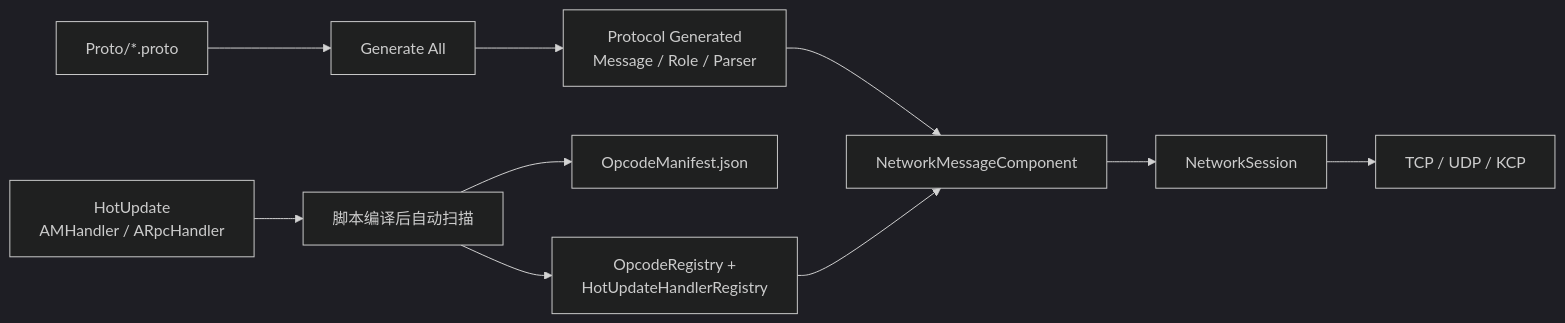
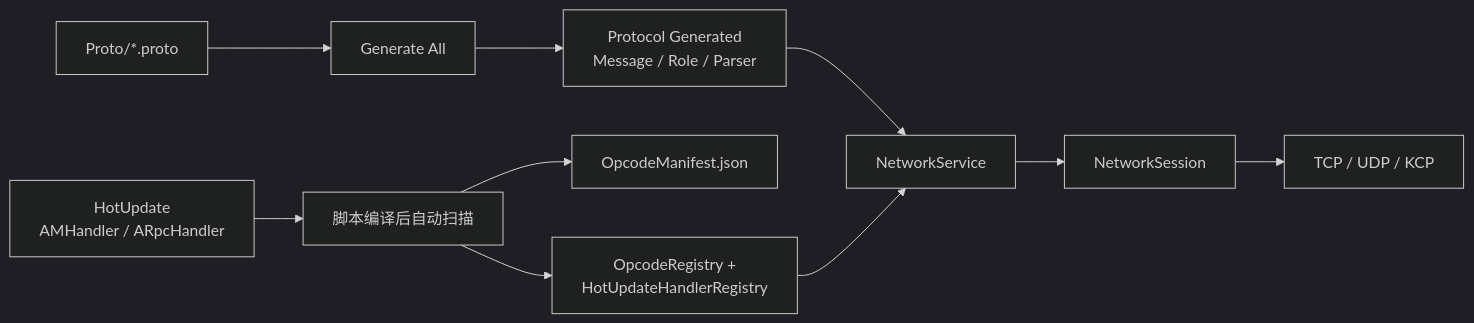
Before and after one commit to ForGetMyGirl/MiniCore: the diagram in Docs/NetworkLayerAnalysis.md, drawn with Mermaid (dark theme). The commit also changed other lines of this file and 95 other files, not shown here.

````diff
--- a/Docs/NetworkLayerAnalysis.md
+++ b/Docs/NetworkLayerAnalysis.md
@@ -15,12 +15,12 @@
 ```mermaid
 flowchart LR
     Proto["Proto/*.proto"] --> PGen["Generate All"]
     PGen --> Protocol["Protocol Generated\nMessage / Role / Parser"]
     Handler["HotUpdate\nAMHandler / ARpcHandler"] --> Scan["脚本编译后自动扫描"]
     Scan --> Manifest["OpcodeManifest.json"]
     Scan --> Registry["OpcodeRegistry +\nHotUpdateHandlerRegistry"]
-    Protocol --> Net["NetworkMessageComponent"]
+    Protocol --> Net["NetworkService"]
     Registry --> Net
     Net --> Session["NetworkSession"]
     Session --> Transport["TCP / UDP / KCP"]
 ```
````
